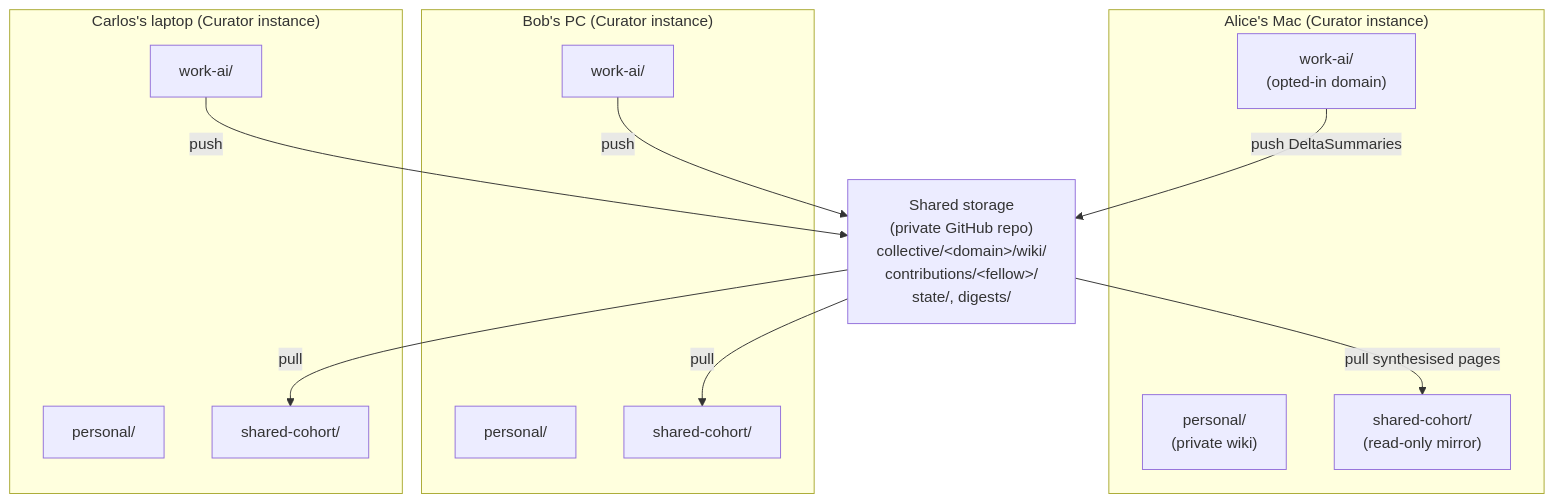
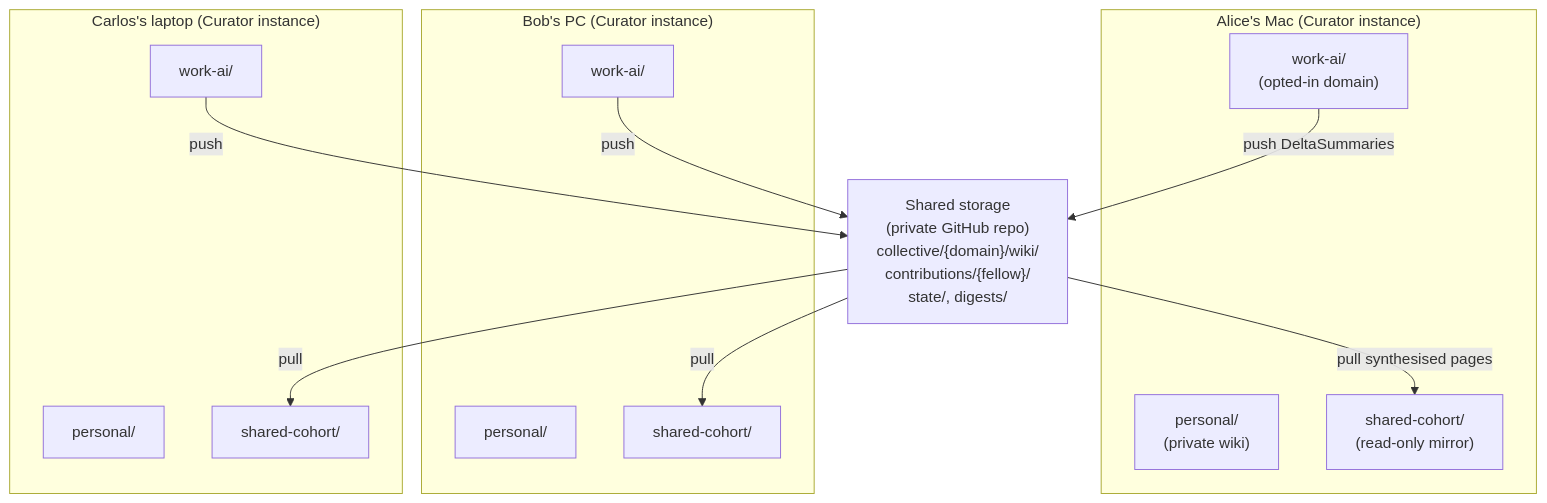
Before and after one commit to talirezun/second-brain: the first of 4 diagrams in docs/shared-brain.md, drawn with Mermaid. The commit also changed other lines of this file, not shown here.

Commit message:
fix(docs): Mermaid parse error in shared-brain.md §7 sequence diagram
The sequence diagram message text used HTML entities (&lt;fellow&gt;,
&lt;sub&gt;) which GitHub's Markdown renderer decodes to literal angle
brackets BEFORE handing the diagram to Mermaid. The sequence-diagram
parser then treats the `<` as the start of an arrow operator and bails
with "Expecting '()', 'SOLID_OPEN_ARROW', ... got 'NEWLINE'".

Replaced angle-bracket placeholders with brace placeholders
({fellow}/{sub}.json) in both the §7 sequence diagram and the §3
architecture flowchart for consistency. Braces are not Mermaid syntax
and render as plain text.

GitHub renders the diagram correctly now.

````diff
--- a/docs/shared-brain.md
+++ b/docs/shared-brain.md
@@ -36,30 +36,30 @@
 ```mermaid
 flowchart TB
   subgraph A["Alice's Mac (Curator instance)"]
     A1["personal/<br/>(private wiki)"]
     A2["work-ai/<br/>(opted-in domain)"]
     A3["shared-cohort/<br/>(read-only mirror)"]
   end
 
   subgraph B["Bob's PC (Curator instance)"]
     B1["personal/"]
     B2["work-ai/"]
     B3["shared-cohort/"]
   end
 
   subgraph C["Carlos's laptop (Curator instance)"]
     C1["personal/"]
     C2["work-ai/"]
     C3["shared-cohort/"]
   end
 
-  S["Shared storage<br/>(private GitHub repo)<br/>collective/&lt;domain&gt;/wiki/<br/>contributions/&lt;fellow&gt;/<br/>state/, digests/"]
+  S["Shared storage<br/>(private GitHub repo)<br/>collective/{domain}/wiki/<br/>contributions/{fellow}/<br/>state/, digests/"]
 
   A2 -- "push DeltaSummaries" --> S
   B2 -- "push" --> S
   C2 -- "push" --> S
 
   S -- "pull synthesised pages" --> A3
   S -- "pull" --> B3
   S -- "pull" --> C3
 ```
````
